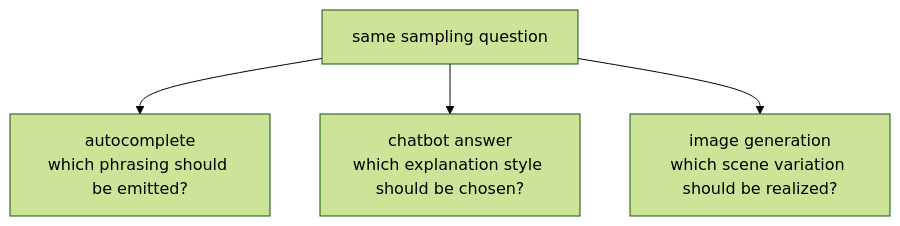
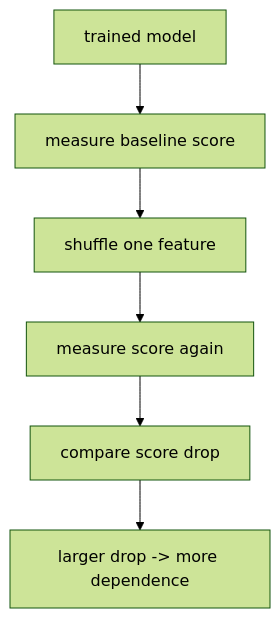
Before and after one commit to devchan64/AiBook: the second of 2 diagrams in docs/parts/part-04/chapter-15/section-02.md, drawn with Mermaid (forest theme). The commit also changed other lines of this file and 213 other files, not shown here.

````diff
--- a/docs/parts/part-04/chapter-15/section-02.md
+++ b/docs/parts/part-04/chapter-15/section-02.md
@@ -156,11 +155,11 @@
 ```mermaid
 flowchart TD
-  A["same sampling question"]
-  B["autocomplete<br/>which phrasing should be emitted?"]
-  C["chatbot answer<br/>which explanation style should be chosen?"]
-  D["image generation<br/>which scene variation should be realized?"]
+  A["trained model"]
+  B["measure baseline score"]
+  C["shuffle one feature"]
+  D["measure score again"]
+  E["compare score drop"]
+  F["larger drop -> more dependence"]
 
-  A --> B
-  A --> C
-  A --> D
+  A --> B --> C --> D --> E --> F
 ```
````
